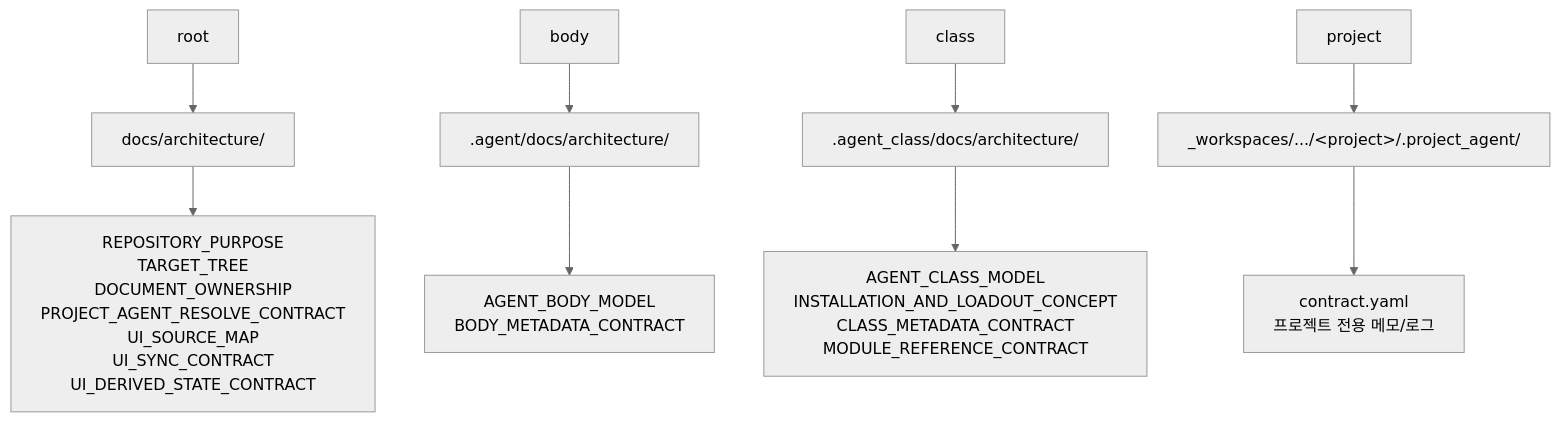
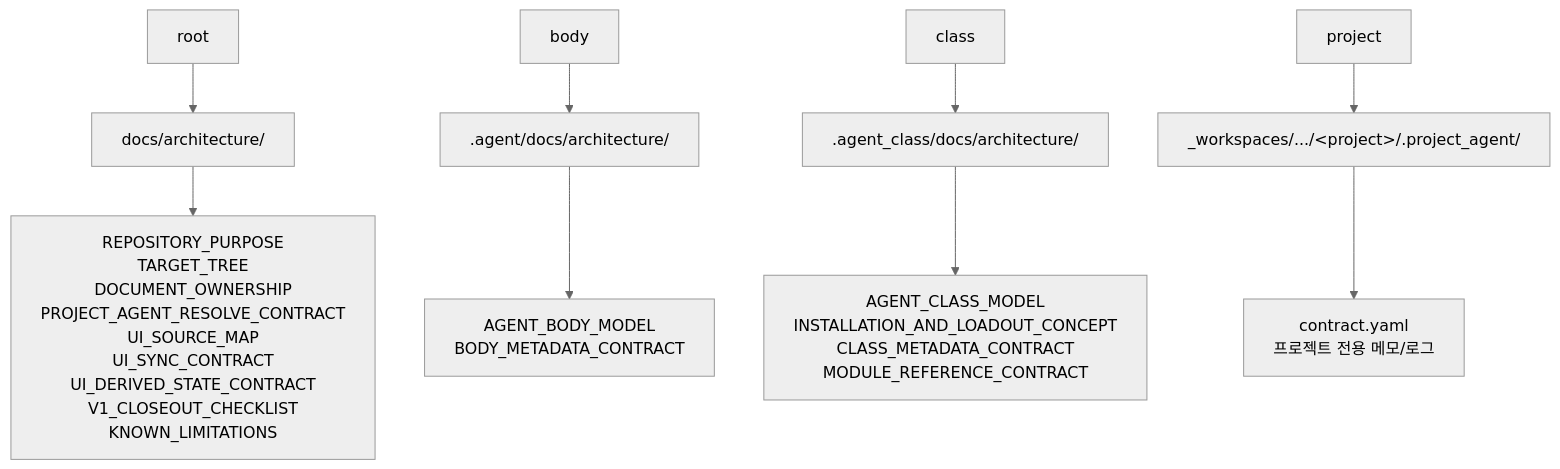
Before and after one commit to SungYongMOON/soulforge: the diagram in docs/architecture/DOCUMENT_OWNERSHIP.md, drawn with Mermaid (neutral theme). The commit also changed other lines of this file and 14 other files, not shown here.

Commit message:
v1 종료 기준과 known limitations 정리

````diff
--- a/docs/architecture/DOCUMENT_OWNERSHIP.md
+++ b/docs/architecture/DOCUMENT_OWNERSHIP.md
@@ -9,11 +9,11 @@
 ```mermaid
 flowchart TD
   O1["root"] --> P1["docs/architecture/"]
   O2["body"] --> P2[".agent/docs/architecture/"]
   O3["class"] --> P3[".agent_class/docs/architecture/"]
   O4["project"] --> P4["_workspaces/.../&lt;project&gt;/.project_agent/"]
-  P1 --> E1["REPOSITORY_PURPOSE<br/>TARGET_TREE<br/>DOCUMENT_OWNERSHIP<br/>PROJECT_AGENT_RESOLVE_CONTRACT<br/>UI_SOURCE_MAP<br/>UI_SYNC_CONTRACT<br/>UI_DERIVED_STATE_CONTRACT"]
+  P1 --> E1["REPOSITORY_PURPOSE<br/>TARGET_TREE<br/>DOCUMENT_OWNERSHIP<br/>PROJECT_AGENT_RESOLVE_CONTRACT<br/>UI_SOURCE_MAP<br/>UI_SYNC_CONTRACT<br/>UI_DERIVED_STATE_CONTRACT<br/>V1_CLOSEOUT_CHECKLIST<br/>KNOWN_LIMITATIONS"]
   P2 --> E2["AGENT_BODY_MODEL<br/>BODY_METADATA_CONTRACT"]
   P3 --> E3["AGENT_CLASS_MODEL<br/>INSTALLATION_AND_LOADOUT_CONCEPT<br/>CLASS_METADATA_CONTRACT<br/>MODULE_REFERENCE_CONTRACT"]
   P4 --> E4["contract.yaml<br/>프로젝트 전용 메모/로그"]
 ```
````
